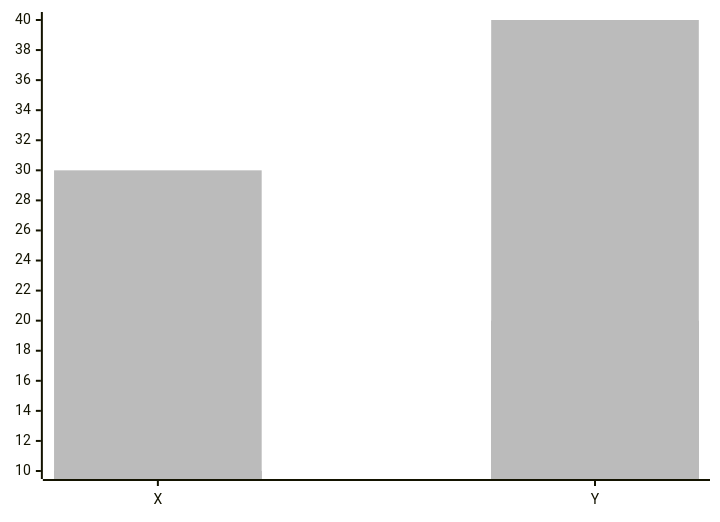
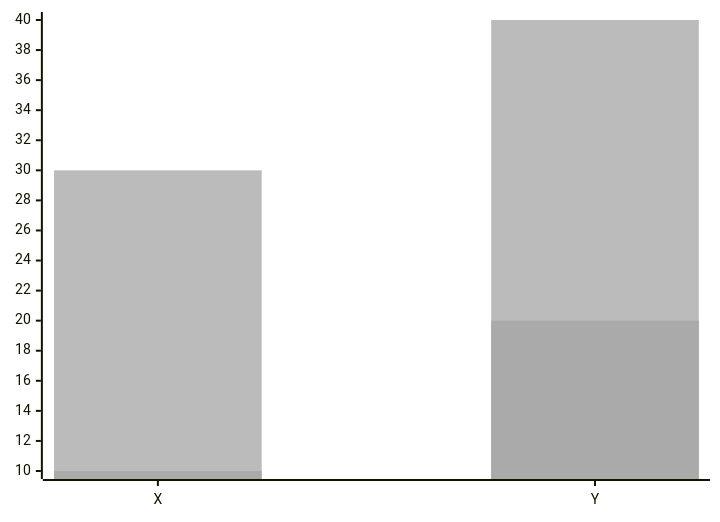
One commit to Excidion/sea-nymph changed the diagram in docs/tests/seanymph/barplot/TestHue/test_palette_dict.md. Above: the diagram before and after it, drawn with Mermaid. The commit also changed 19 other files, not shown here.

````diff
--- a/docs/tests/seanymph/barplot/TestHue/test_palette_dict.md
+++ b/docs/tests/seanymph/barplot/TestHue/test_palette_dict.md
@@ -1,7 +1,7 @@
 ```mermaid
-%%{init: {'themeVariables': {'xyChart': {'plotColorPalette': '#aaaaaa,#bbbbbb'}}}}%%
+%%{init: {'themeVariables': {'xyChart': {'plotColorPalette': '#bbbbbb,#aaaaaa'}}}}%%
 xychart-beta
     x-axis [X, Y]
+    bar [30, 40]
     bar [10, 20]
-    bar [30, 40]
 ```
````
